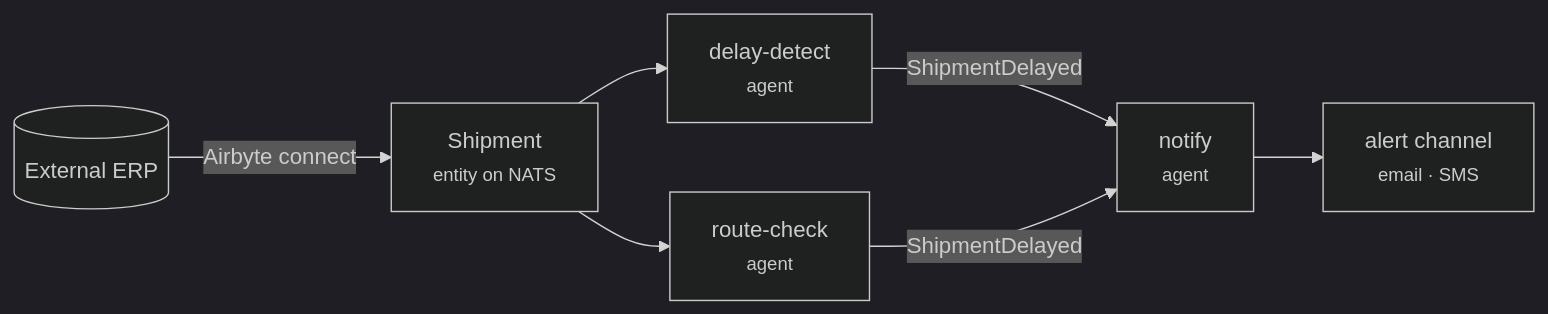
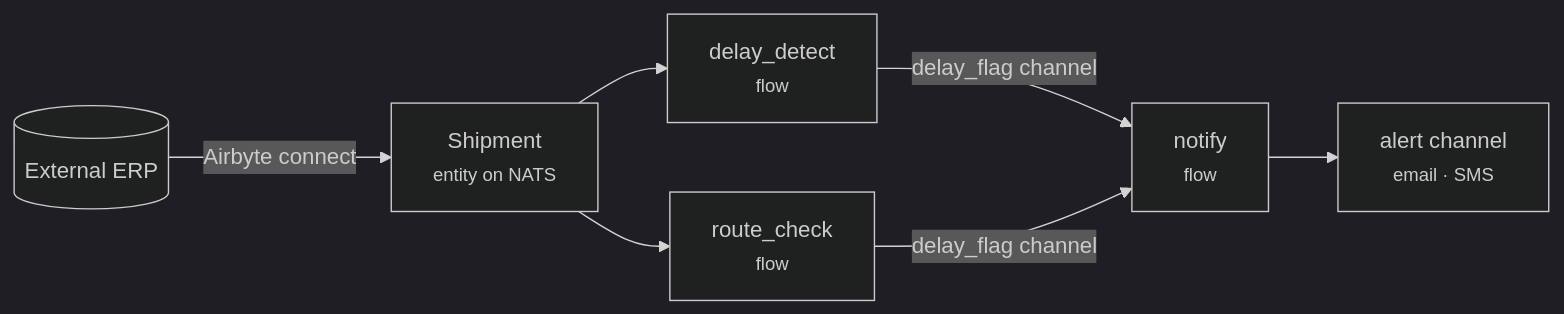
One commit to plasmash/docs changed the first of 2 diagrams in docs/examples/ingest-and-react.md. Above: the diagram before and after it, drawn with Mermaid (dark theme). The commit also changed other lines of this file and 6 other files, not shown here.

````diff
--- a/docs/examples/ingest-and-react.md
+++ b/docs/examples/ingest-and-react.md
@@ -7,9 +7,9 @@
 ```mermaid
 flowchart LR
   ERP[("External ERP")] -->|Airbyte connect| E["Shipment<br/><small>entity on NATS</small>"]
-  E --> D1["delay-detect<br/><small>agent</small>"]
-  E --> D2["route-check<br/><small>agent</small>"]
-  D1 -->|ShipmentDelayed| N["notify<br/><small>agent</small>"]
-  D2 -->|ShipmentDelayed| N
+  E --> D1["delay_detect<br/><small>flow</small>"]
+  E --> D2["route_check<br/><small>flow</small>"]
+  D1 -->|delay_flag channel| N["notify<br/><small>flow</small>"]
+  D2 -->|delay_flag channel| N
   N --> AL["alert channel<br/><small>email · SMS</small>"]
 ```
````
